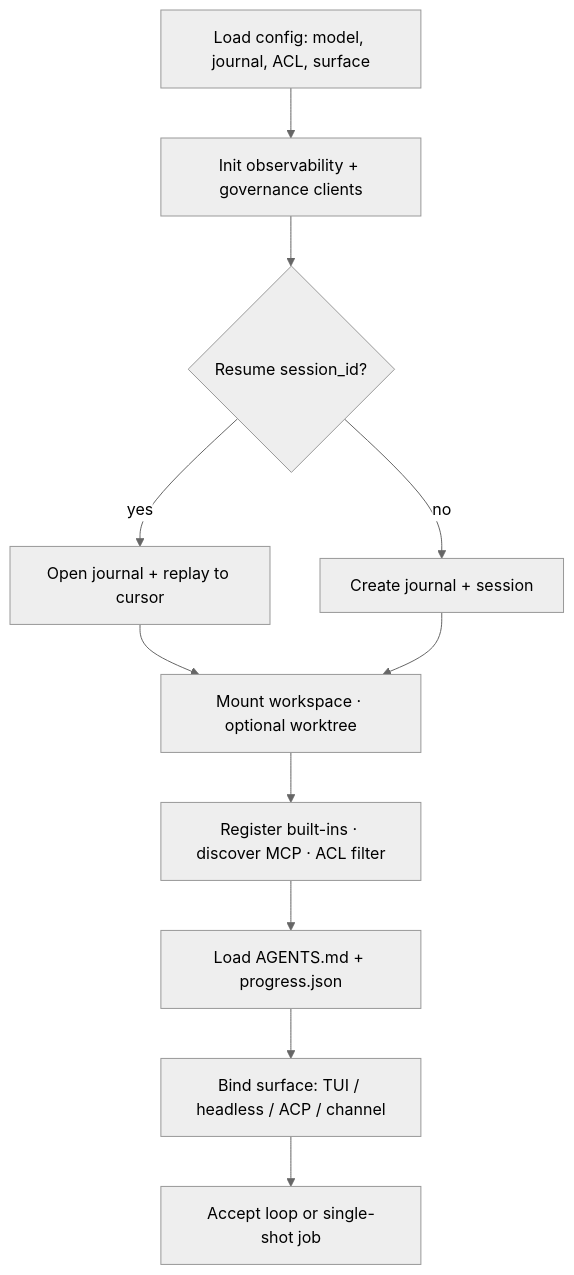
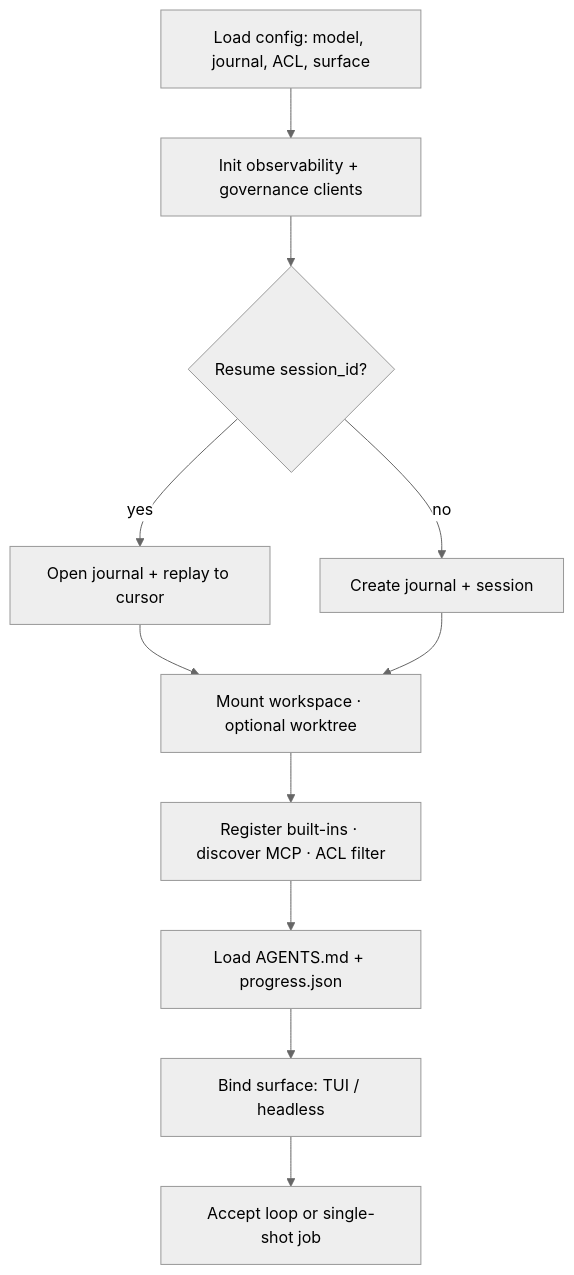
Before and after one commit to NorviaLabs/forge: the fourth of 14 diagrams in docs/architecture.md, drawn with Mermaid (neutral theme). The commit also changed other lines of this file and 30 other files, not shown here.

````diff
--- a/docs/architecture.md
+++ b/docs/architecture.md
@@ -342,13 +337,13 @@
 ```mermaid
 flowchart TD
   A[Load config: model, journal, ACL, surface] --> B[Init observability + governance clients]
   B --> C{Resume session_id?}
   C -->|yes| D[Open journal + replay to cursor]
   C -->|no| E[Create journal + session]
   D --> F[Mount workspace · optional worktree]
   E --> F
   F --> G[Register built-ins · discover MCP · ACL filter]
   G --> H[Load AGENTS.md + progress.json]
-  H --> I[Bind surface: TUI / headless / ACP / channel]
+  H --> I[Bind surface: TUI / headless]
   I --> J[Accept loop or single-shot job]
 ```
````
